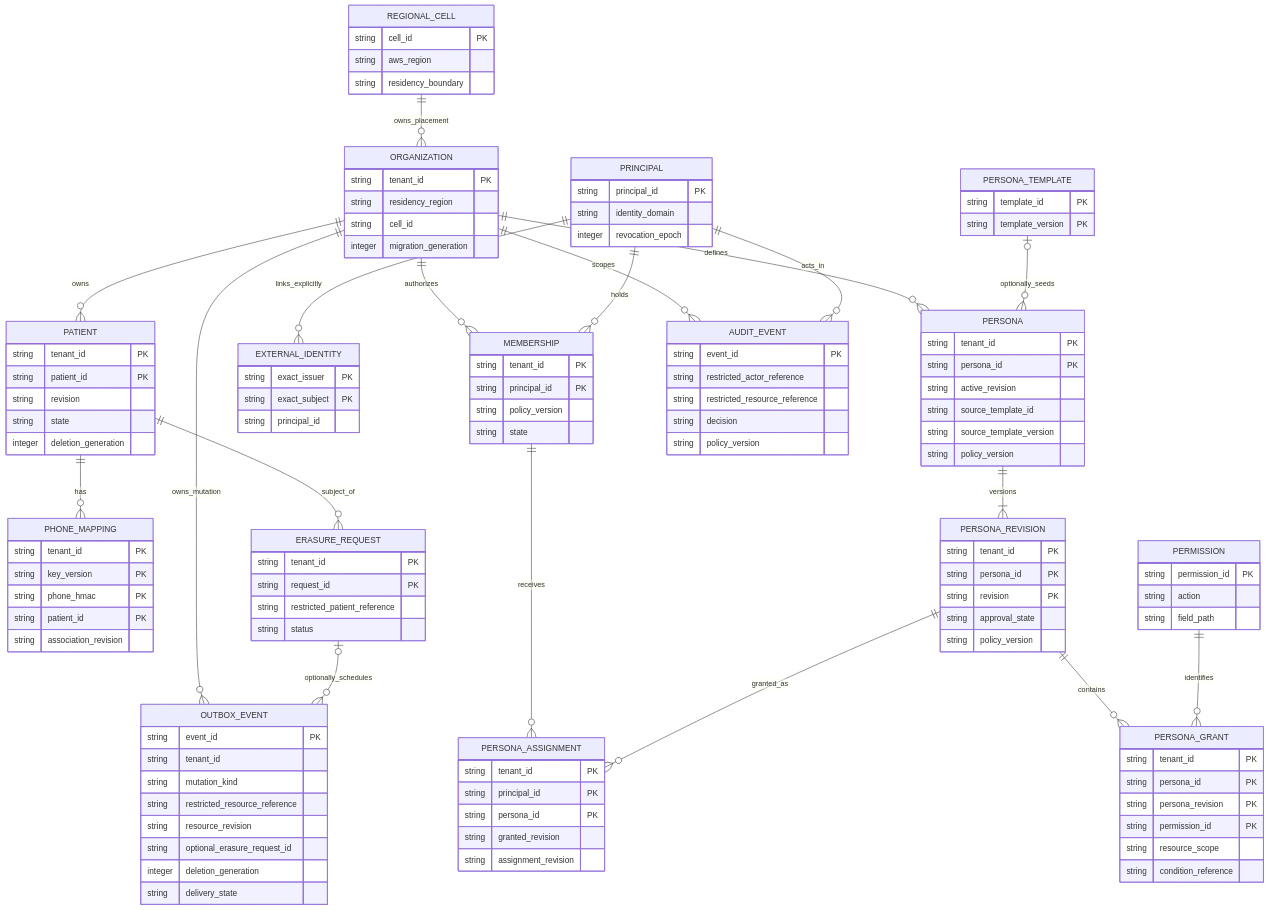
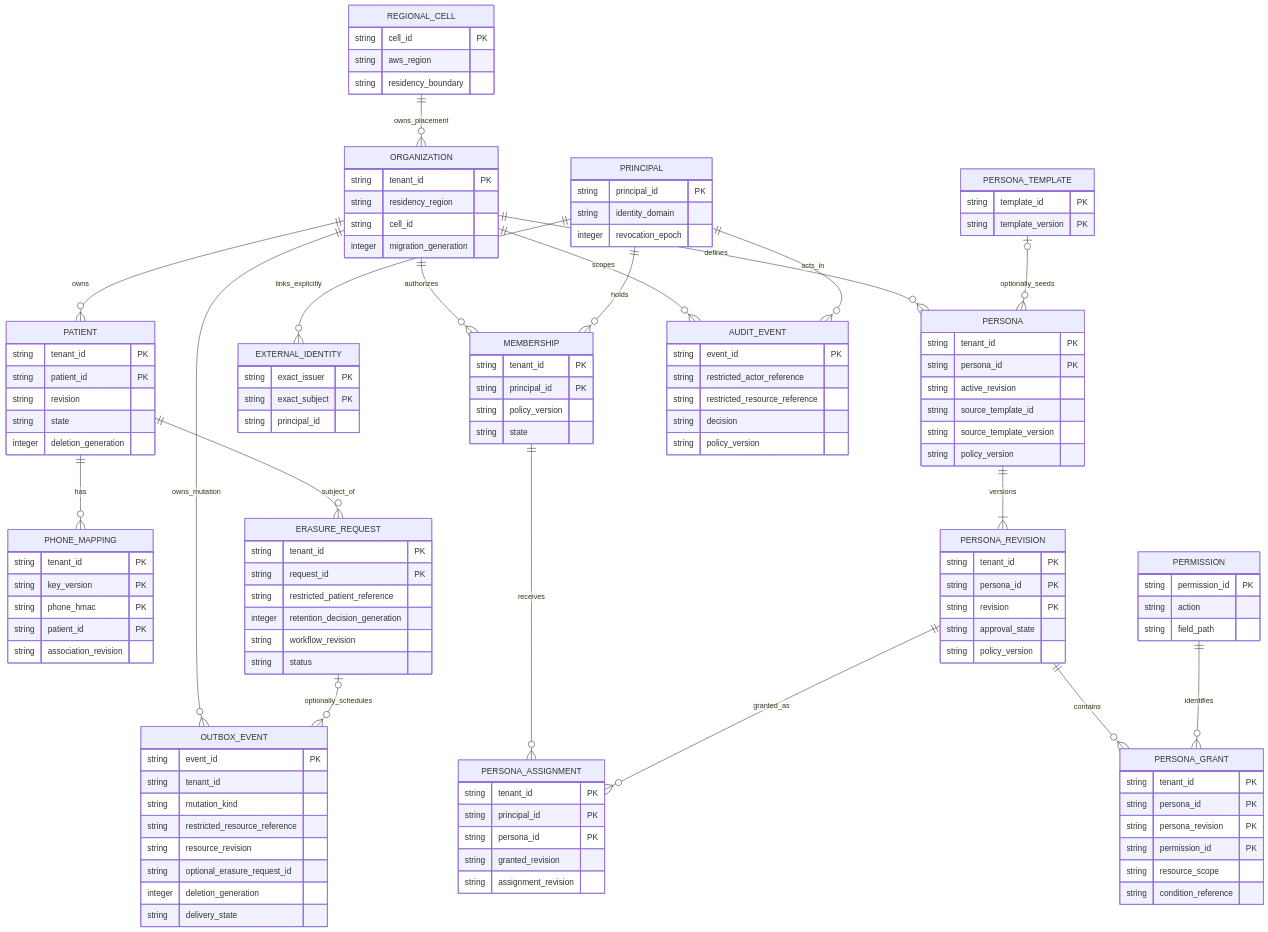
The second of 6 diagrams in docs/diagrams.md (intel352/patient-contract-design), drawn with Mermaid before and after one commit. The commit also changed other lines of this file and 24 other files, not shown here.

Commit message:
docs: harden security and fix Mermaid diagrams

```diff
--- a/docs/diagrams.md
+++ b/docs/diagrams.md
@@ -161,6 +161,8 @@
         string tenant_id PK
         string request_id PK
         string restricted_patient_reference
+        integer retention_decision_generation
+        string workflow_revision
         string status
     }
     OUTBOX_EVENT {
```
